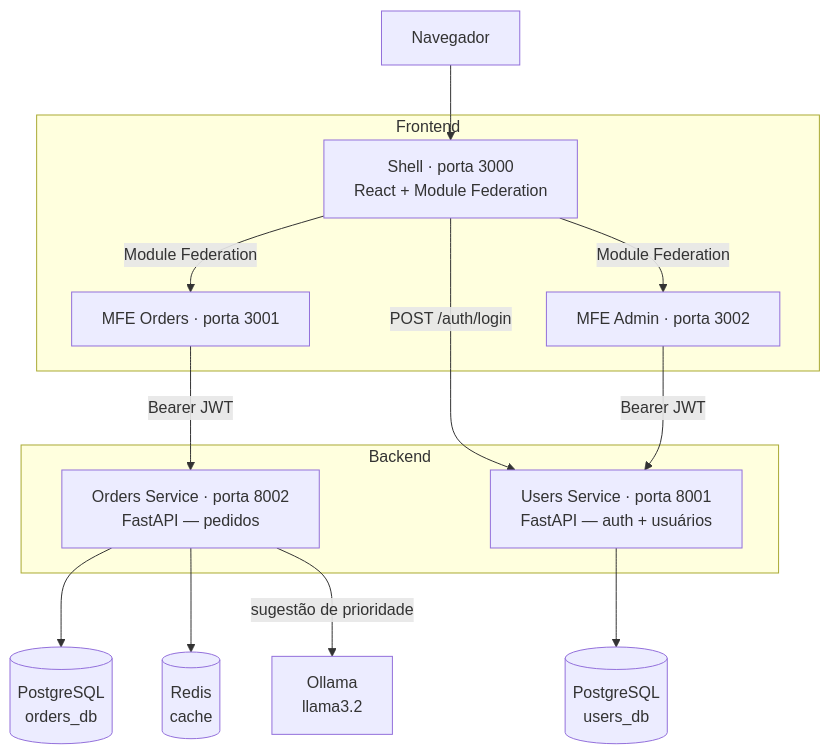
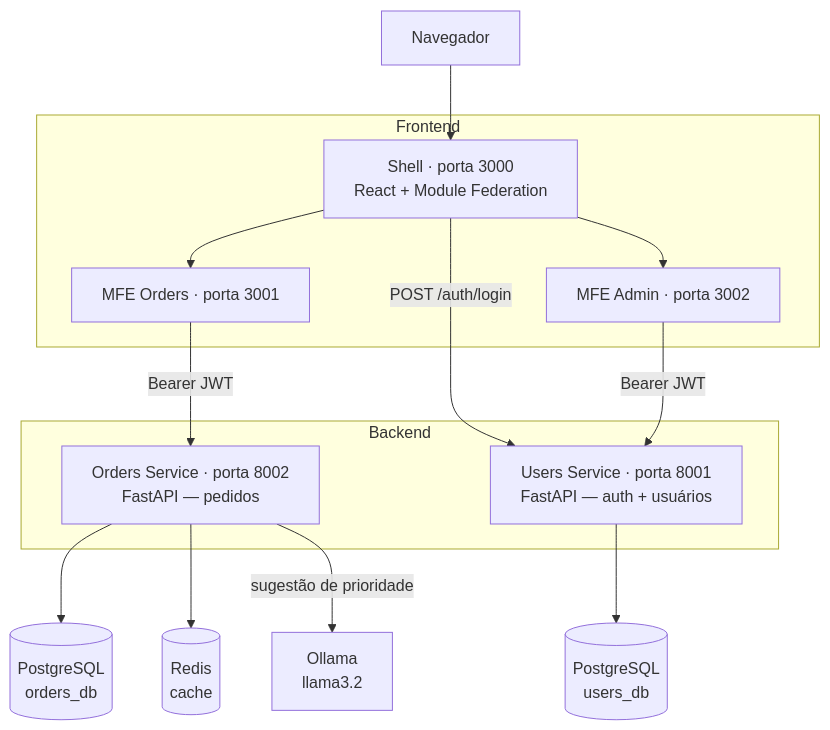
One commit to rodigozeus/desafio-presidencia changed the diagram in README.md. Above: the diagram before and after it, drawn with Mermaid. The commit also changed other lines of this file and 15 other files, not shown here.

````diff
--- a/README.md
+++ b/README.md
@@ -13,32 +13,32 @@
 ```mermaid
 graph TD
     Browser["Navegador"]
 
     subgraph FE["Frontend"]
         Shell["Shell · porta 3000\nReact + Module Federation"]
         MFEOrders["MFE Orders · porta 3001"]
         MFEAdmin["MFE Admin · porta 3002"]
     end
 
     subgraph BE["Backend"]
         Users["Users Service · porta 8001\nFastAPI — auth + usuários"]
         Orders["Orders Service · porta 8002\nFastAPI — pedidos"]
     end
 
     UsersDB[("PostgreSQL\nusers_db")]
     OrdersDB[("PostgreSQL\norders_db")]
     Redis[("Redis\ncache")]
     Ollama["Ollama\nllama3.2"]
 
     Browser --> Shell
-    Shell -->|Module Federation| MFEOrders & MFEAdmin
+    Shell --> MFEOrders & MFEAdmin
 
     Shell -->|POST /auth/login| Users
     MFEAdmin -->|Bearer JWT| Users
     MFEOrders -->|Bearer JWT| Orders
 
     Users --> UsersDB
     Orders --> OrdersDB
     Orders --> Redis
     Orders -->|sugestão de prioridade| Ollama
 ```
````
